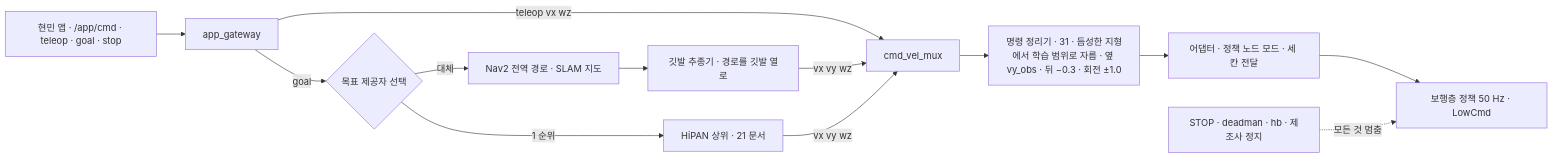
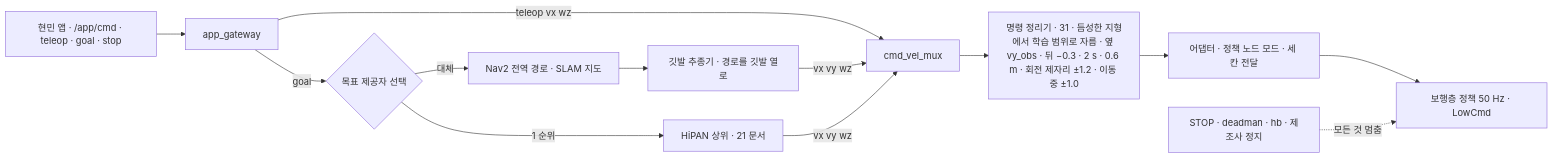
One commit to foothold-project/foothold-lab changed the diagram in inbox/jay/20261019-design/23-NAV2-FALLBACK.md. Above: the diagram before and after it, drawn with Mermaid. The commit also changed other lines of this file and 19 other files, not shown here.

````diff
--- a/inbox/jay/20261019-design/23-NAV2-FALLBACK.md
+++ b/inbox/jay/20261019-design/23-NAV2-FALLBACK.md
@@ -15,15 +15,15 @@
 ```mermaid
 flowchart LR
   APP[현민 앱 · /app/cmd · teleop · goal · stop] --> GW[app_gateway]
   GW -- teleop vx wz --> MUX[cmd_vel_mux]
   GW -- goal --> SEL{목표 제공자 선택}
   SEL -- 1 순위 --> HIPAN[HiPAN 상위 · 21 문서]
   SEL -- 대체 --> NAV2[Nav2 전역 경로 · SLAM 지도]
   NAV2 --> FF[깃발 추종기 · 경로를 깃발 열로]
   FF -- vx vy wz --> MUX
   HIPAN -- vx vy wz --> MUX
-  MUX --> CLEAN[명령 정리기 · 31 · 듬성한 지형에서 학습 범위로 자름 · 옆 vy_obs · 뒤 −0.3 · 회전 ±1.0]
+  MUX --> CLEAN[명령 정리기 · 31 · 듬성한 지형에서 학습 범위로 자름 · 옆 vy_obs · 뒤 −0.3 · 2 s · 0.6 m · 회전 제자리 ±1.2 · 이동 중 ±1.0]
   CLEAN --> ADP[어댑터 · 정책 노드 모드 · 세 칸 전달]
   ADP --> POL[보행층 정책 50 Hz · LowCmd]
   STOP[STOP · deadman · hb · 제조사 정지] -.모든 것 멈춤.-> POL
 ```
````
